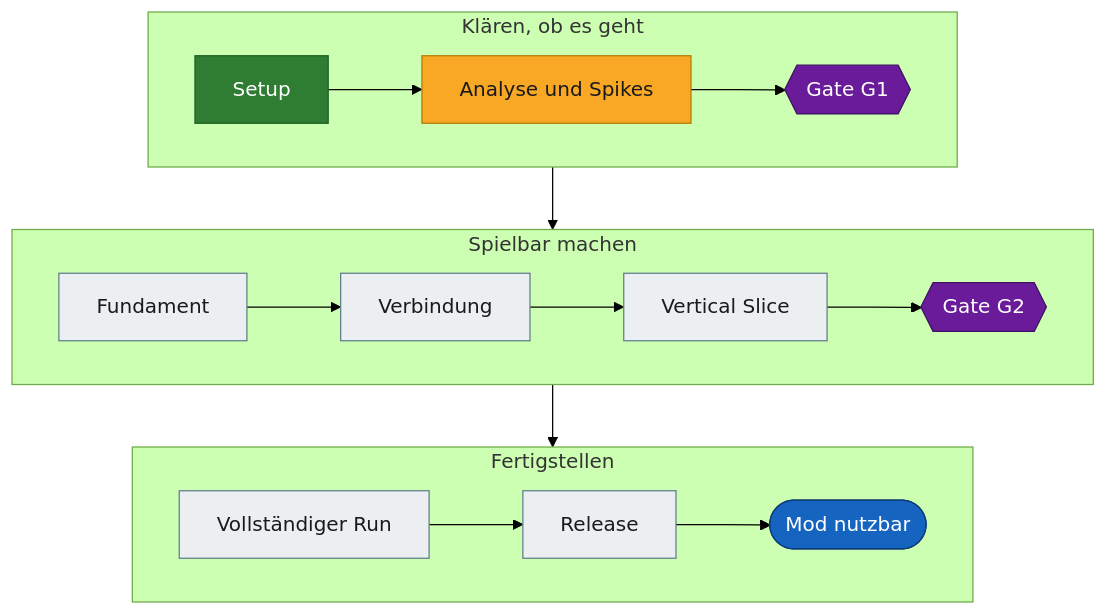
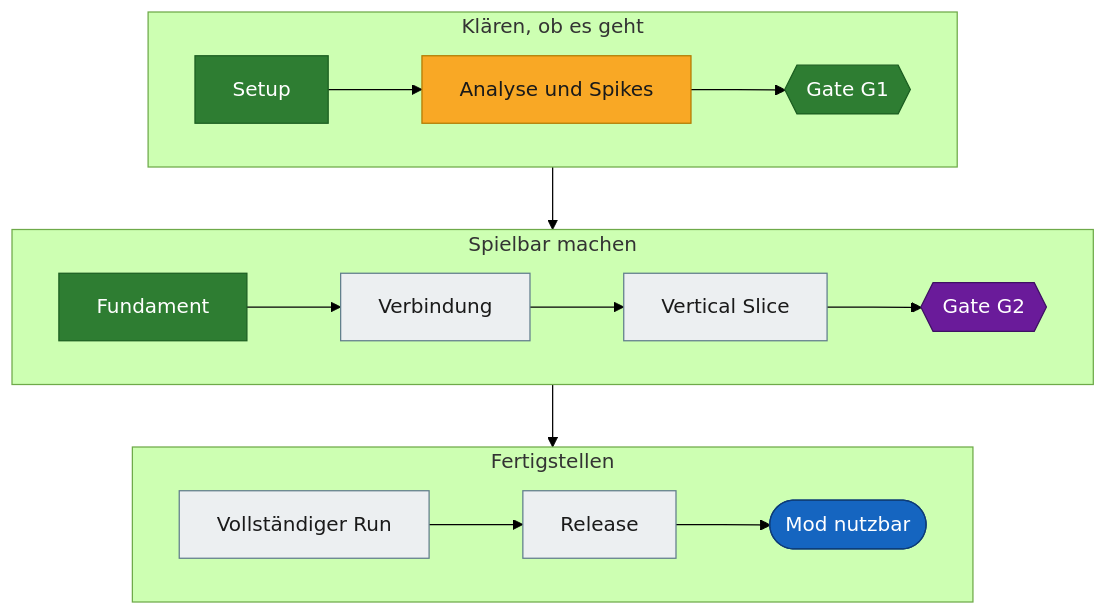
One commit to VitaminStack/Deadly-Days-Roadtrip-Multiplayer-Mod changed the diagram in README.md. Above: the diagram before and after it, drawn with Mermaid (forest theme). The commit also changed other lines of this file and 4 other files, not shown here.

````diff
--- a/README.md
+++ b/README.md
@@ -10,25 +10,25 @@
 ```mermaid
 flowchart TD
     subgraph A["Klären, ob es geht"]
         direction LR
-        P0["Setup"]:::done --> P1["Analyse und Spikes"]:::wip --> G1{{"Gate G1"}}:::gate
+        P0["Setup"]:::done --> P1["Analyse und Spikes"]:::wip --> G1{{"Gate G1"}}:::done
     end
 
     subgraph B["Spielbar machen"]
         direction LR
-        P2["Fundament"]:::open --> P3["Verbindung"]:::open --> P4["Vertical Slice"]:::open --> G2{{"Gate G2"}}:::gate
+        P2["Fundament"]:::done --> P3["Verbindung"]:::open --> P4["Vertical Slice"]:::open --> G2{{"Gate G2"}}:::gate
     end
 
     subgraph C["Fertigstellen"]
         direction LR
         P5["Vollständiger Run"]:::open --> P6["Release"]:::open --> Z(["Mod nutzbar"]):::goal
     end
 
     A --> B --> C
 
     classDef done fill:#2e7d32,stroke:#1b5e20,color:#ffffff
     classDef wip fill:#f9a825,stroke:#b27a00,color:#1a1a1a
     classDef open fill:#eceff1,stroke:#607d8b,color:#1a1a1a
     classDef gate fill:#6a1b9a,stroke:#3e1163,color:#ffffff
     classDef goal fill:#1565c0,stroke:#0d3c78,color:#ffffff
 ```
````
